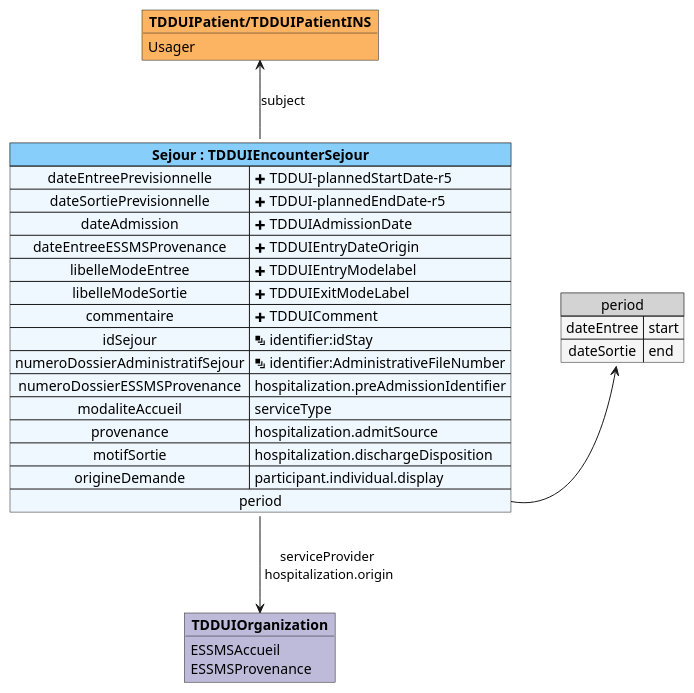
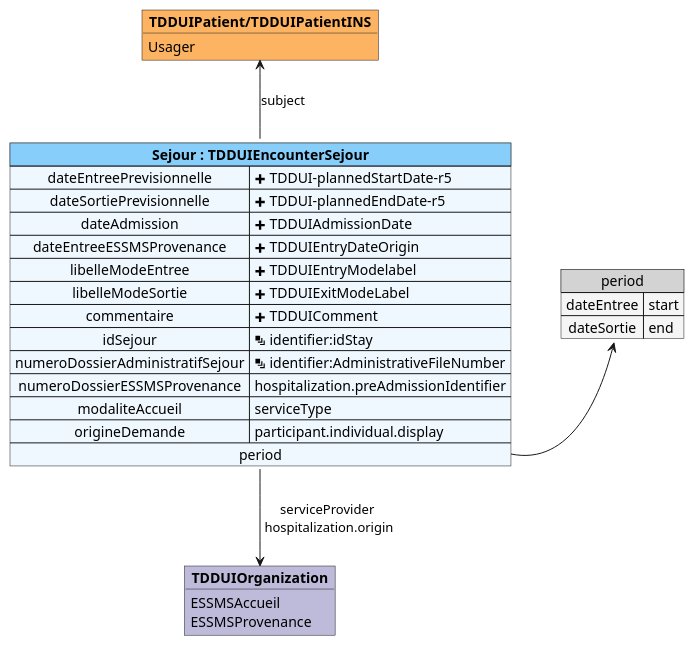
Before and after one commit to ansforge/IG-fhir-medicosocial-transfert-donnees-dui: the diagram in input/images-source/mapping_TDDUIEncounterSejour.plantuml, drawn with PlantUML. The commit also changed 1 other file, not shown here.

Commit message:
suppression modaliteentree et sortie

```diff
--- a/input/images-source/mapping_TDDUIEncounterSejour.plantuml
+++ b/input/images-source/mapping_TDDUIEncounterSejour.plantuml
@@ -1,38 +1,36 @@
 @startuml
 
 map "period" as period #back:WhiteSmoke;header:LightGray {
     dateEntree => start
     dateSortie => end
 }
 
 object "**TDDUIPatient/TDDUIPatientINS**" as TDDUIPatient #fdb462 {
     Usager
 }
 
 object "**TDDUIOrganization**" as TDDUIOrganization #bebada {
     ESSMSAccueil
     ESSMSProvenance
 }
 
 map "**Sejour : TDDUIEncounterSejour**" as Sejour #back:AliceBlue;header:LightSkyBlue {
     dateEntreePrevisionnelle => <&plus> TDDUI-plannedStartDate-r5
     dateSortiePrevisionnelle => <&plus> TDDUI-plannedEndDate-r5
     dateAdmission => <&plus> TDDUIAdmissionDate
     dateEntreeESSMSProvenance => <&plus> TDDUIEntryDateOrigin
     libelleModeEntree => <&plus> TDDUIEntryModelabel
     libelleModeSortie => <&plus> TDDUIExitModeLabel
     commentaire => <&plus> TDDUIComment
     idSejour => <&layers> identifier:idStay
     numeroDossierAdministratifSejour => <&layers> identifier:AdministrativeFileNumber
     numeroDossierESSMSProvenance => hospitalization.preAdmissionIdentifier
     modaliteAccueil => serviceType
-    provenance => hospitalization.admitSource
-    motifSortie => hospitalization.dischargeDisposition
     origineDemande => participant.individual.display
     period *-> period
 }
 
 Sejour -u-> TDDUIPatient : subject
 Sejour -d-> TDDUIOrganization : serviceProvider\n hospitalization.origin
 
 @enduml
```
